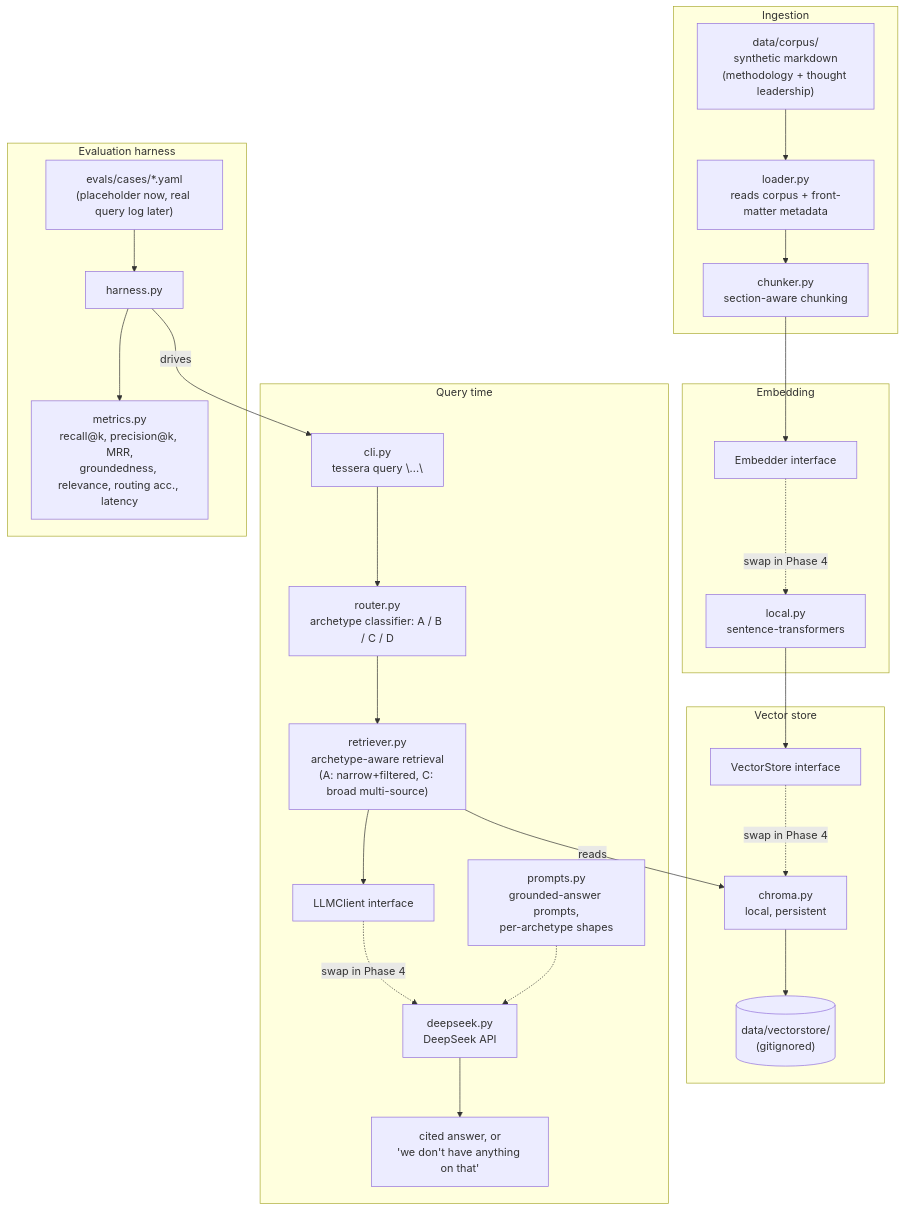
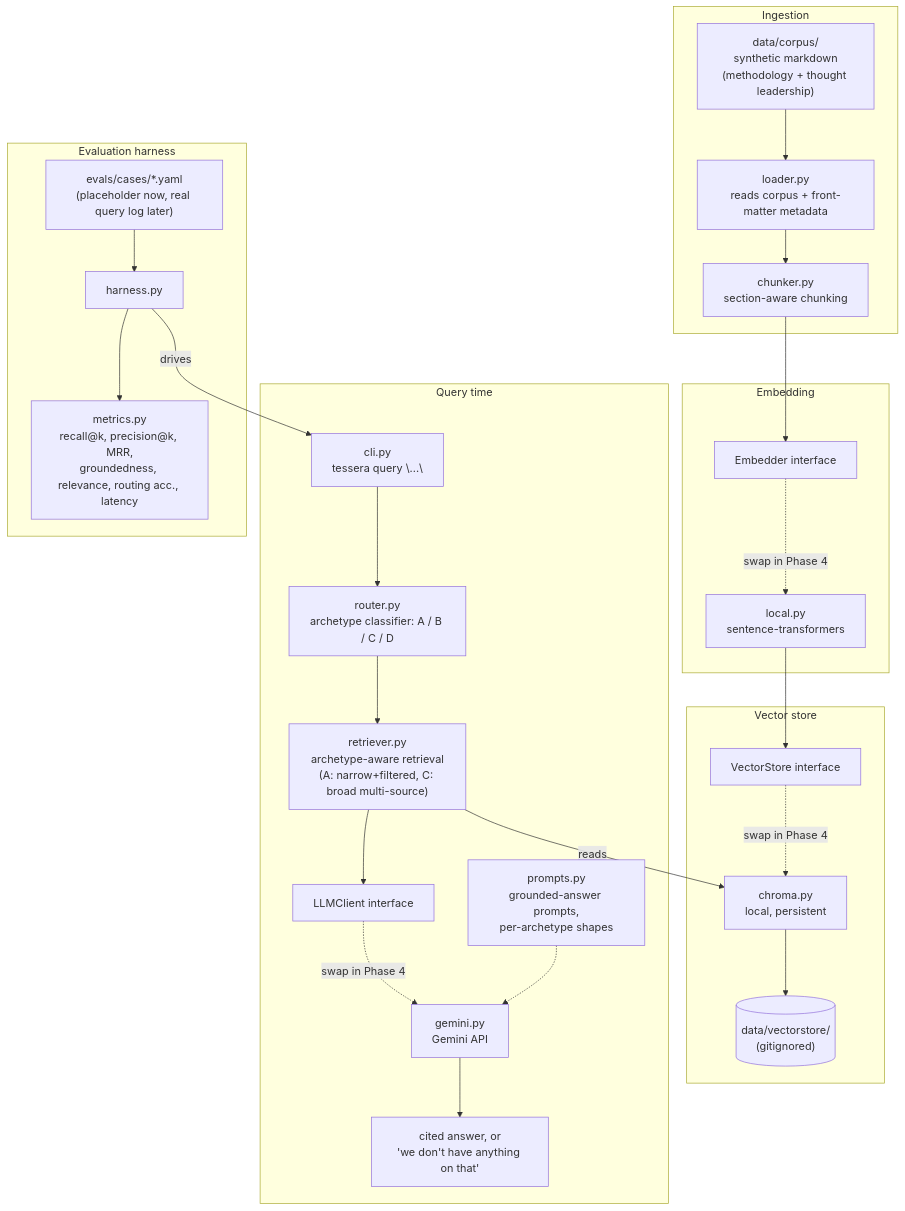
Before and after one commit to ChiragVenkateshaiah/tessera: the diagram in README.md, drawn with Mermaid. The commit also changed 9 other files, not shown here.

First line of the commit message:
Switch Phase 1 LLM decision from DeepSeek to Gemini API

````diff
--- a/README.md
+++ b/README.md
@@ -39,50 +39,50 @@
 ```mermaid
 flowchart TB
     subgraph ingest["Ingestion"]
         corpus["data/corpus/<br/>synthetic markdown<br/>(methodology + thought leadership)"]
         loader["loader.py<br/>reads corpus + front-matter metadata"]
         chunker["chunker.py<br/>section-aware chunking"]
         corpus --> loader --> chunker
     end
 
     subgraph embed["Embedding"]
         embedIface["Embedder interface"]
         embedImpl["local.py<br/>sentence-transformers"]
         embedIface -.swap in Phase 4.-> embedImpl
     end
 
     subgraph store["Vector store"]
         storeIface["VectorStore interface"]
         storeImpl["chroma.py<br/>local, persistent"]
         storeIface -.swap in Phase 4.-> storeImpl
         persisted[("data/vectorstore/<br/>(gitignored)")]
         storeImpl --> persisted
     end
 
     chunker --> embedIface
     embedImpl --> storeIface
 
     subgraph query["Query time"]
         cli["cli.py<br/>tessera query \"...\""]
         router["router.py<br/>archetype classifier: A / B / C / D"]
         retriever["retriever.py<br/>archetype-aware retrieval<br/>(A: narrow+filtered, C: broad multi-source)"]
         genIface["LLMClient interface"]
-        genImpl["deepseek.py<br/>DeepSeek API"]
+        genImpl["gemini.py<br/>Gemini API"]
         prompts["prompts.py<br/>grounded-answer prompts,<br/>per-archetype shapes"]
         cli --> router --> retriever
         retriever -->|reads| storeImpl
         retriever --> genIface
         genIface -.swap in Phase 4.-> genImpl
         prompts -.-> genImpl
         genImpl --> answer["cited answer, or<br/>'we don't have anything on that'"]
     end
 
     subgraph evalh["Evaluation harness"]
         cases["evals/cases/*.yaml<br/>(placeholder now, real query log later)"]
         harness["harness.py"]
         metrics["metrics.py<br/>recall@k, precision@k, MRR,<br/>groundedness, relevance, routing acc., latency"]
         cases --> harness
         harness -->|drives| cli
         harness --> metrics
     end
 ```
````
